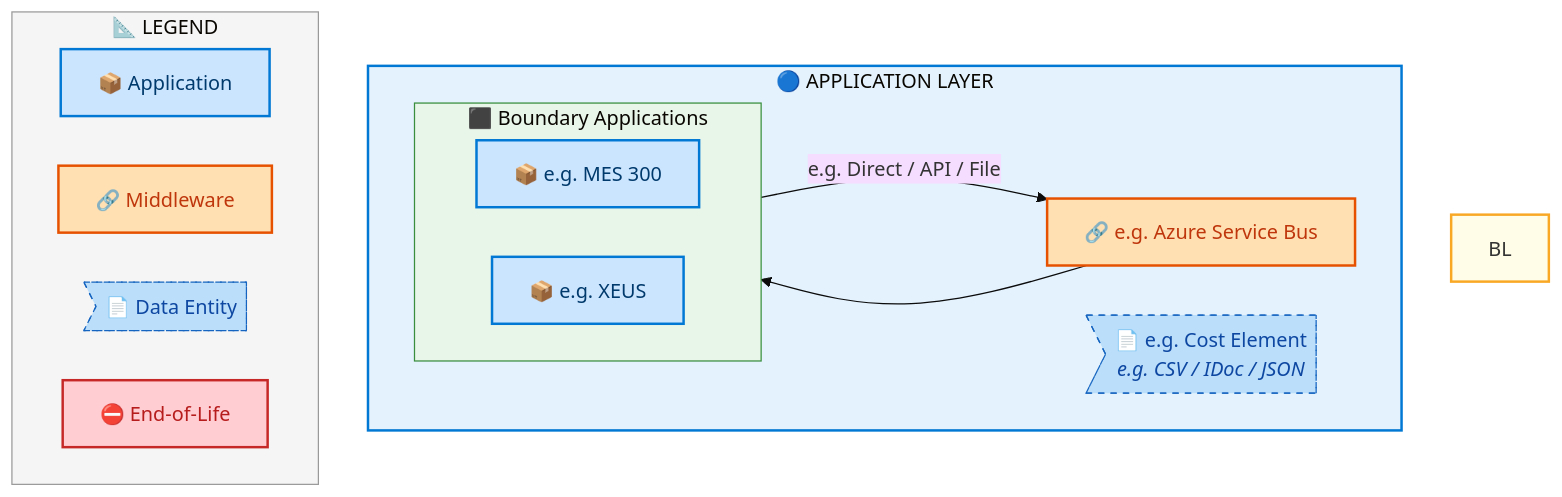
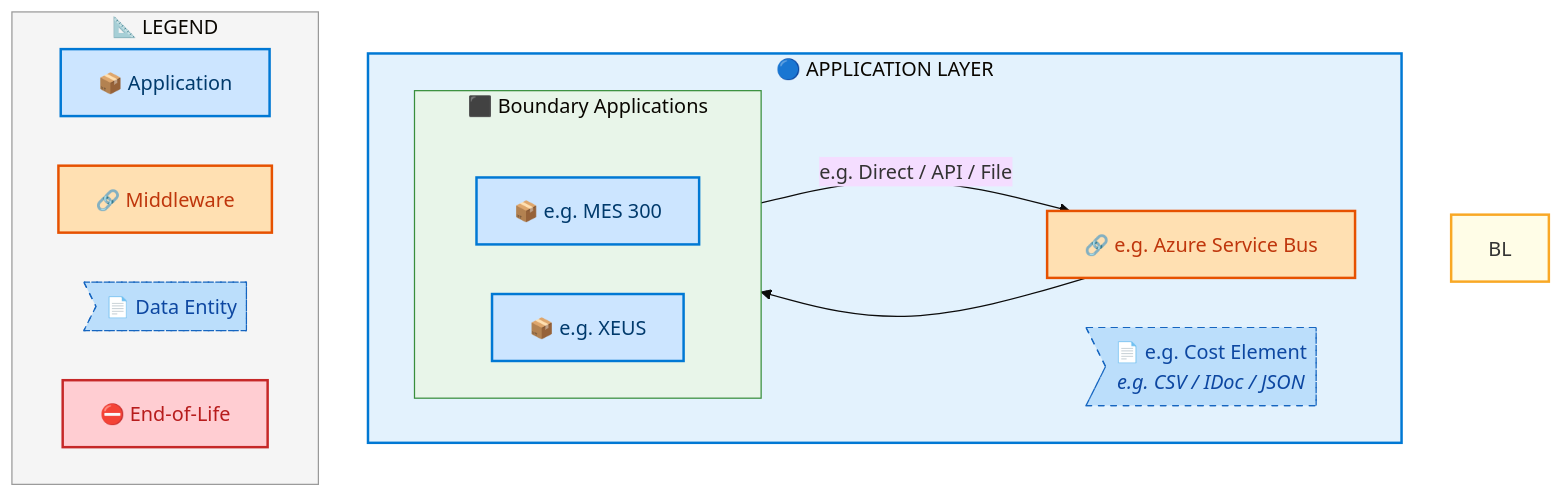
One commit to sajivfrancis777/IAO-Architecture changed the eighth of 10 diagrams in towers/E2E/Forecast to Stock/E2E-67/output/docs/systems-architecture/E2E-67-Architecture.md. Above: the diagram before and after it, drawn with Mermaid. The commit also changed other lines of this file and 250 other files, not shown here.

First line of the commit message:
perf+fix: lazy Mermaid rendering + rank-enforced layer ordering

````diff
--- a/towers/E2E/Forecast to Stock/E2E-67/output/docs/systems-architecture/E2E-67-Architecture.md
+++ b/towers/E2E/Forecast to Stock/E2E-67/output/docs/systems-architecture/E2E-67-Architecture.md
@@ -621,42 +623,44 @@
 ```mermaid
 %%{init: {"theme": "base", "securityLevel": "loose", "themeVariables": {"fontSize": "16px", "fontFamily": "Segoe UI, Arial, sans-serif"}, "flowchart": {"useMaxWidth": false, "htmlLabels": true, "nodeSpacing": 40, "rankSpacing": 50}} }%%
 flowchart TB
     %% -- ArchiMate 3.2 + Azure style classes --
     classDef business      fill:#FFFFB3,stroke:#F9A825,stroke-width:2px,color:#000
     classDef app           fill:#CCE5FF,stroke:#0078D4,stroke-width:2px,color:#003A6C
     classDef data          fill:#BBDEFB,stroke:#1565C0,stroke-width:1px,color:#0D47A1,stroke-dasharray: 5 5
     classDef middleware    fill:#FFE0B2,stroke:#E65100,stroke-width:2px,color:#BF360C
     classDef eol           fill:#FFCDD2,stroke:#C62828,stroke-width:2px,color:#B71C1C
     classDef saas          fill:#E1BEE7,stroke:#7B1FA2,stroke-width:2px,color:#4A148C
     classDef cloud         fill:#BBDEFB,stroke:#1565C0,stroke-width:2px,color:#0D47A1
     classDef onprem        fill:#C8E6C9,stroke:#2E7D32,stroke-width:2px,color:#1B5E20
+    classDef rankAnchor    width:0px,height:0px,padding:0px,margin:0px,fill:none,stroke:none
 
     subgraph AL["🔵 APPLICATION LAYER"]
         direction LR
         subgraph E2E67FLN_Boundary_Applications[" ⬛ Boundary Applications"]
             direction LR
+            E2E67F_ALRANK_0[ ]:::rankAnchor
             E2E67F_e_g_MES_300["📦 e.g. MES 300"]:::app
             E2E67F_e_g_XEUS["📦 e.g. XEUS"]:::app
         end
         E2E67FMW_e_g_Azure_Service_Bus["🔗 e.g. Azure Service Bus"]:::middleware
         E2E67FDE_e_g_Cost_Element>"📄 e.g. Cost Element<br/><i>e.g. CSV / IDoc / JSON</i>"]:::data
     end
 
     E2E67F_e_g_MES_300 -->|"e.g. Direct / API / File"| E2E67FMW_e_g_Azure_Service_Bus
     E2E67FMW_e_g_Azure_Service_Bus --> E2E67F_e_g_XEUS
 
 
     style BL fill:#FFFDE7,stroke:#F9A825,stroke-width:2px
     style AL fill:#E3F2FD,stroke:#0078D4,stroke-width:2px
 
     style E2E67FLN_Boundary_Applications fill:#E8F5E9,stroke:#388E3C,stroke-width:1px
 
     subgraph Legend["📐 LEGEND"]
         direction LR
         L_APP["📦 Application"]:::app
         L_MW["🔗 Middleware"]:::middleware
         L_DE>"📄 Data Entity"]:::data
         L_EOL["⛔ End-of-Life"]:::eol
     end
     style Legend fill:#F5F5F5,stroke:#999,stroke-width:1px
 ```
````
